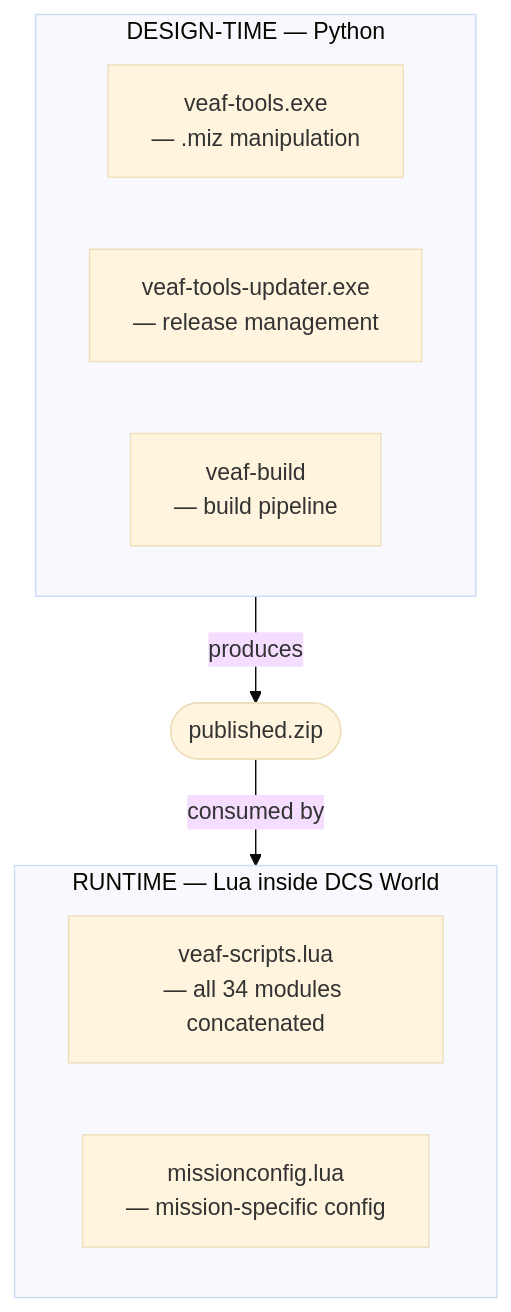
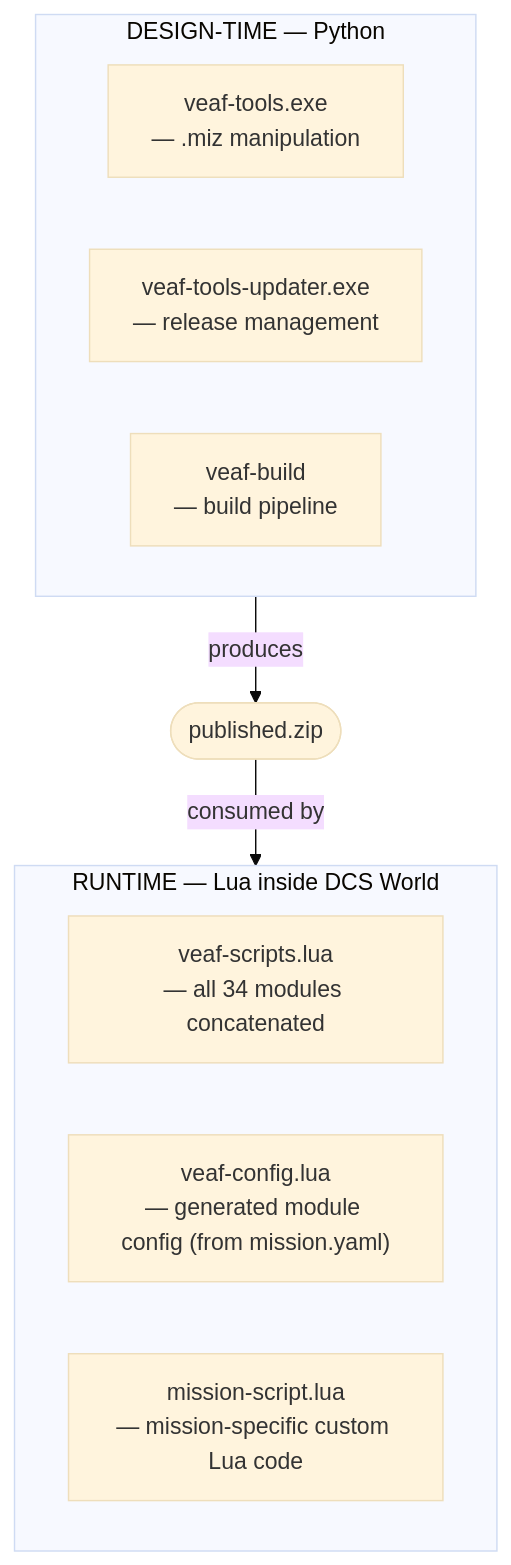
The diagram in doc/developer/GUIDE.md (VEAF/VEAF-Mission-Creation-Tools), drawn with Mermaid (base theme) before and after one commit. The commit also changed other lines of this file and 29 other files, not shown here.

````diff
--- a/doc/developer/GUIDE.md
+++ b/doc/developer/GUIDE.md
@@ -26,14 +26,15 @@
 ```mermaid
 flowchart TD
     subgraph DT["DESIGN-TIME — Python"]
         tools["veaf-tools.exe<br/>— .miz manipulation"]
         updater["veaf-tools-updater.exe<br/>— release management"]
         build["veaf-build<br/>— build pipeline"]
     end
     DT -->|produces| zip(["published.zip"])
     zip -->|consumed by| RT
     subgraph RT["RUNTIME — Lua inside DCS World"]
         scripts["veaf-scripts.lua<br/>— all 34 modules concatenated"]
-        config["missionconfig.lua<br/>— mission-specific config"]
+        config["veaf-config.lua<br/>— generated module config (from mission.yaml)"]
+        custom["mission-script.lua<br/>— mission-specific custom Lua code"]
     end
 ```
````
